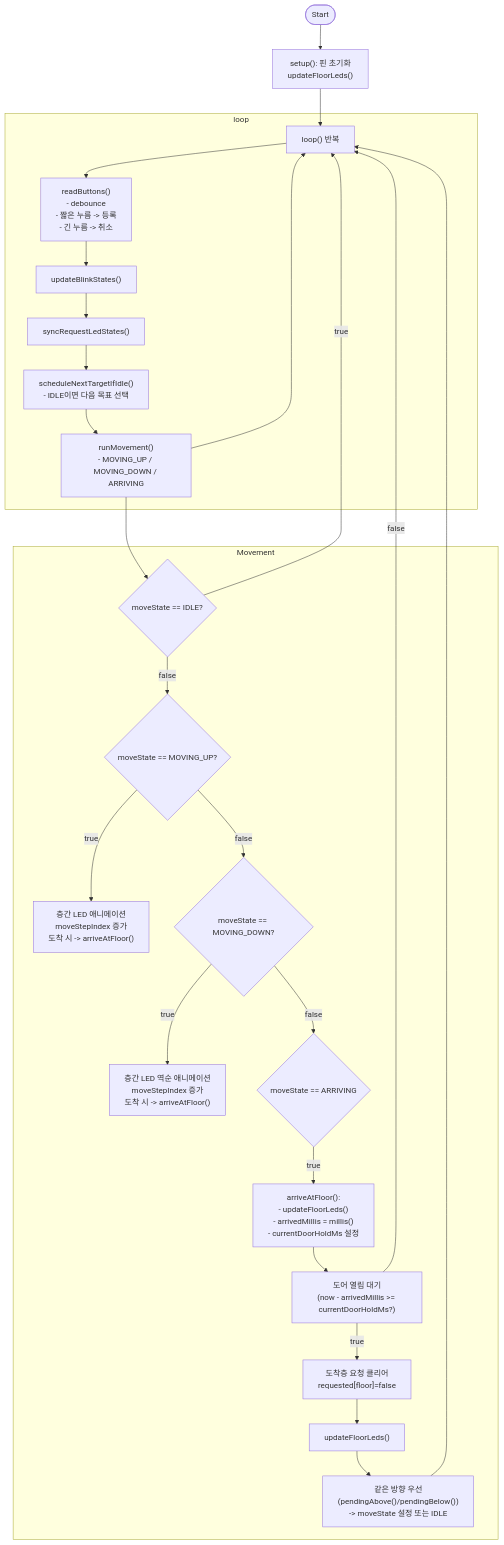
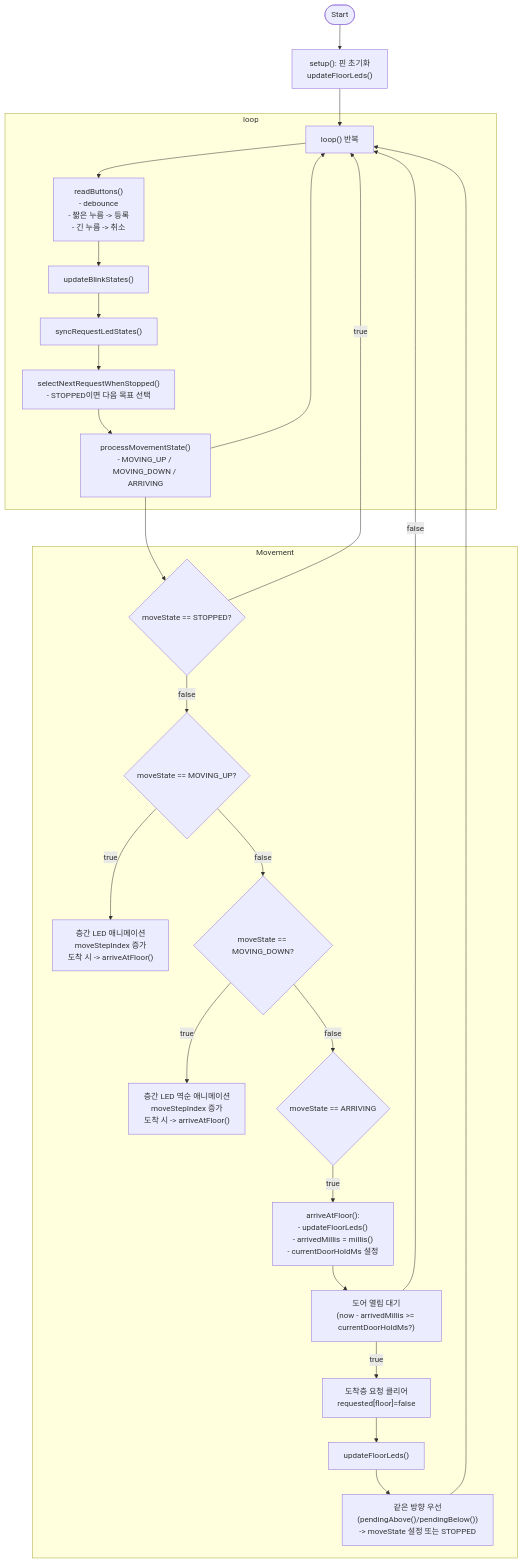
Before and after one commit to northpard/elevator: the diagram in elevator_flowchart.md, drawn with Mermaid. The commit also changed other lines of this file and 13 other files, not shown here.

````diff
--- a/elevator_flowchart.md
+++ b/elevator_flowchart.md
@@ -8,32 +8,32 @@
 ```mermaid
 flowchart TD
   Start([Start]) --> Init
   Init["setup(): 핀 초기화\nupdateFloorLeds()"] --> Loop["loop() 반복"]
 
   subgraph MainLoop [loop]
     Loop --> ReadButtons["readButtons()\n- debounce\n- 짧은 누름 -> 등록\n- 긴 누름 -> 취소"]
     ReadButtons --> UpdateBlink["updateBlinkStates()"]
-    UpdateBlink --> SyncLED["syncRequestLedStates()"]
-    SyncLED --> Schedule["scheduleNextTargetIfIdle()\n- IDLE이면 다음 목표 선택"]
-    Schedule --> RunMove["runMovement()\n- MOVING_UP / MOVING_DOWN / ARRIVING"]
+  UpdateBlink --> SyncLED["syncRequestLedStates()"]
+  SyncLED --> Schedule["selectNextRequestWhenStopped()\n- STOPPED이면 다음 목표 선택"]
+    Schedule --> RunMove["processMovementState()\n- MOVING_UP / MOVING_DOWN / ARRIVING"]
     RunMove --> Loop
   end
 
   subgraph Movement
-    RunMove --> IsIdle{moveState == IDLE?}
+  RunMove --> IsIdle{moveState == STOPPED?}
     IsIdle -- true --> Loop
     IsIdle -- false --> MovingUp{moveState == MOVING_UP?}
     MovingUp -- true --> MoveStepUp["층간 LED 애니메이션\nmoveStepIndex 증가\n도착 시 -> arriveAtFloor()"]
     MovingUp -- false --> MovingDown{moveState == MOVING_DOWN?}
     MovingDown -- true --> MoveStepDown["층간 LED 역순 애니메이션\nmoveStepIndex 증가\n도착 시 -> arriveAtFloor()"]
     MovingDown -- false --> Arriving{moveState == ARRIVING}
     Arriving -- true --> ArriveProc["arriveAtFloor():\n- updateFloorLeds()\n- arrivedMillis = millis()\n- currentDoorHoldMs 설정"]
     ArriveProc --> ArrivingWait["도어 열림 대기\n(now - arrivedMillis >= currentDoorHoldMs?)"]
     ArrivingWait -- false --> Loop
     ArrivingWait -- true --> ClearRequest["도착층 요청 클리어\nrequested[floor]=false"]
     ClearRequest --> UpdateFloorLEDs["updateFloorLeds()"]
-    UpdateFloorLEDs --> DecideNext["같은 방향 우선(pendingAbove()/pendingBelow())\n-> moveState 설정 또는 IDLE"]
+  UpdateFloorLEDs --> DecideNext["같은 방향 우선(pendingAbove()/pendingBelow())\n-> moveState 설정 또는 STOPPED"]
     DecideNext --> Loop
   end
 
 ```
````
